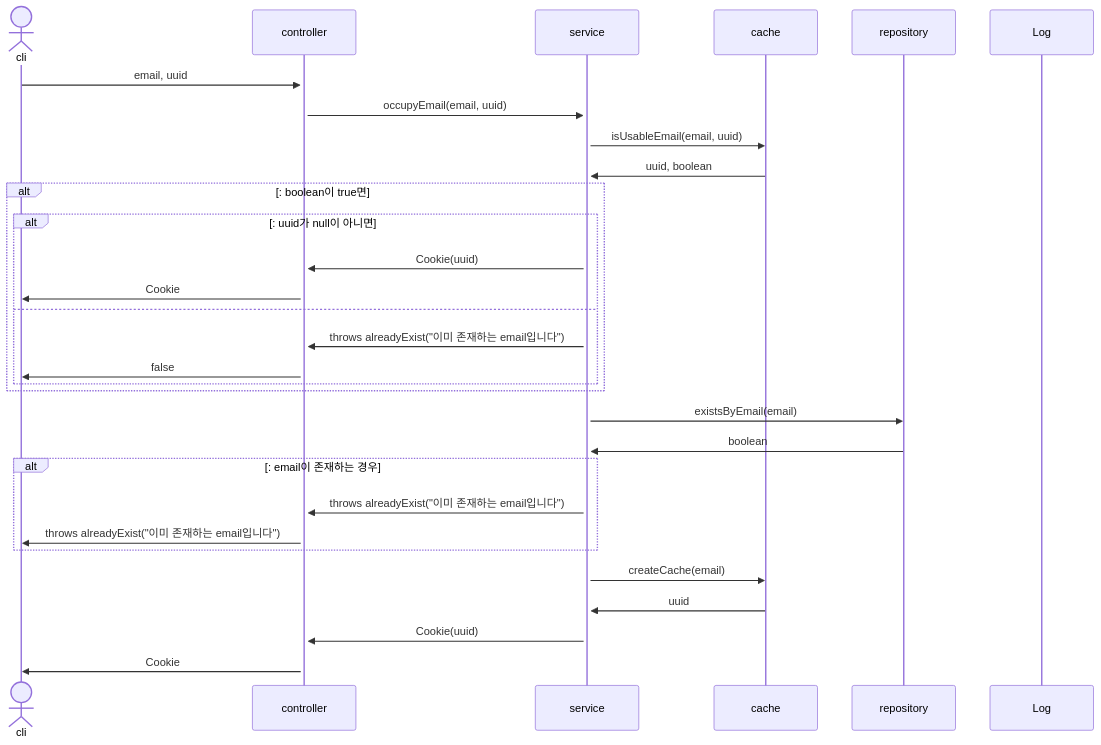
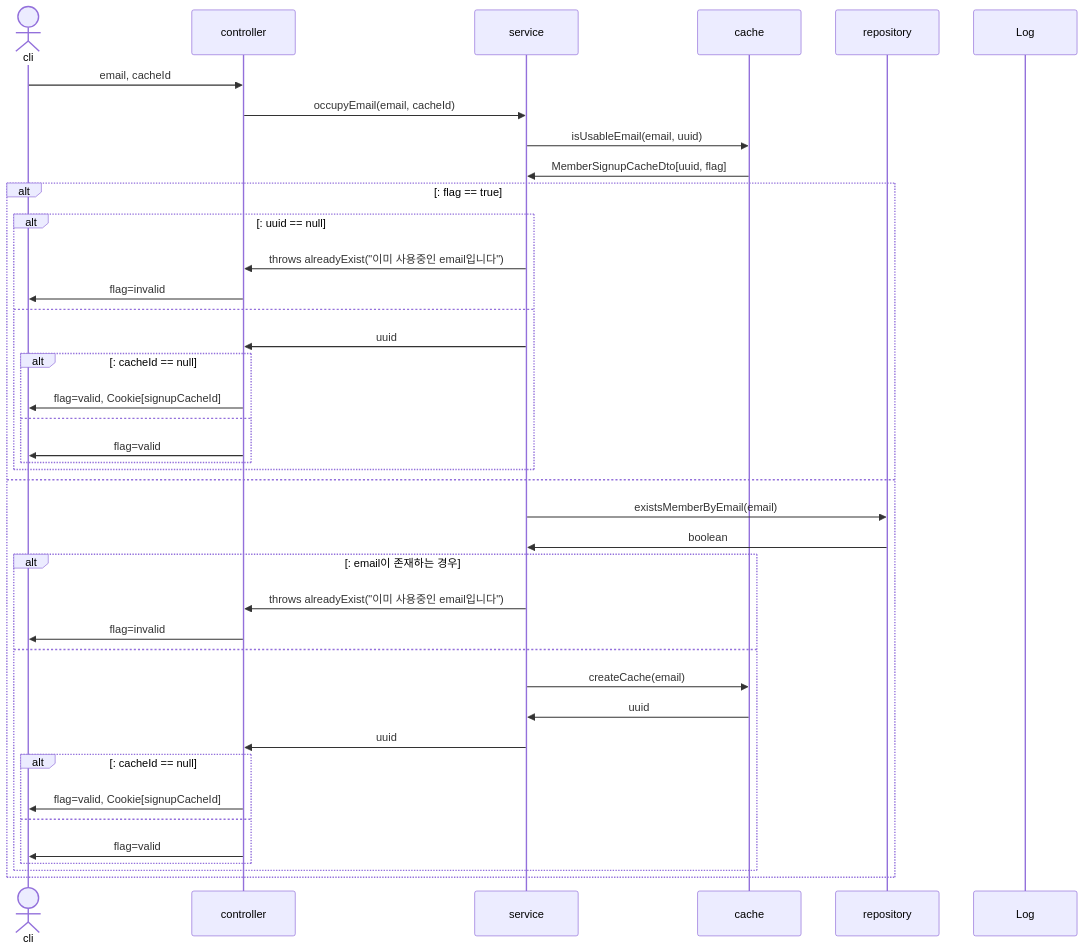
Before and after one commit to mtak0235/snsX: the fifth of 36 diagrams in sequence.md, drawn with Mermaid. The commit also changed other lines of this file and 6 other files, not shown here.

````diff
--- a/sequence.md
+++ b/sequence.md
@@ -111,33 +113,43 @@
 ```mermaid
 sequenceDiagram
 actor cli
 participant c as controller
 participant s as service
 participant ca as cache
 participant r as repository
 participant l as Log
 
-cli->>+c: email, uuid
-c->>+s: occupyEmail(email, uuid)
+cli->>c: email, cacheId
+c->>s: occupyEmail(email, cacheId)
 s->>ca: isUsableEmail(email, uuid)
-ca->>s: uuid, boolean
-alt: boolean이 true면
-alt: uuid가 null이 아니면
-s->>c: Cookie(uuid)
-c->>cli: Cookie
+ca->>s: MemberSignupCacheDto[uuid, flag]
+alt: flag == true
+alt: uuid == null
+s->>c: throws alreadyExist("이미 사용중인 email입니다")
+c->>cli: flag=invalid
 else
-s->>c: throws alreadyExist("이미 존재하는 email입니다")
-c->>cli: false
+s->>c: uuid
+alt: cacheId == null
+c->>cli: flag=valid, Cookie[signupCacheId]
+else
+c->>cli: flag=valid
 end
 end
-s->>r: existsByEmail(email)
+else
+s->>r: existsMemberByEmail(email)
 r->>s: boolean
 alt: email이 존재하는 경우
-s->>c: throws alreadyExist("이미 존재하는 email입니다")
-c->>cli: throws alreadyExist("이미 존재하는 email입니다")
-end
+s->>c: throws alreadyExist("이미 사용중인 email입니다")
+c->>cli: flag=invalid
+else
 s->>ca: createCache(email)
 ca->>s: uuid
-s->>c: Cookie(uuid)
-c->>cli: Cookie
+s->>c: uuid
+alt: cacheId == null
+c->>cli: flag=valid, Cookie[signupCacheId]
+else
+c->>cli: flag=valid
+end
+end
+end
 ```
````
